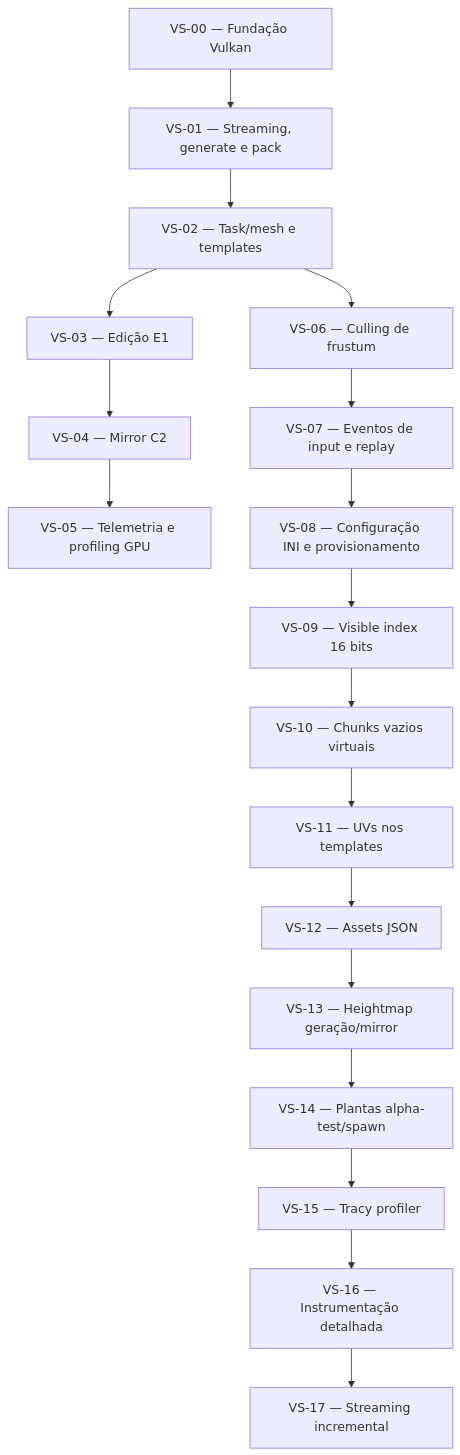
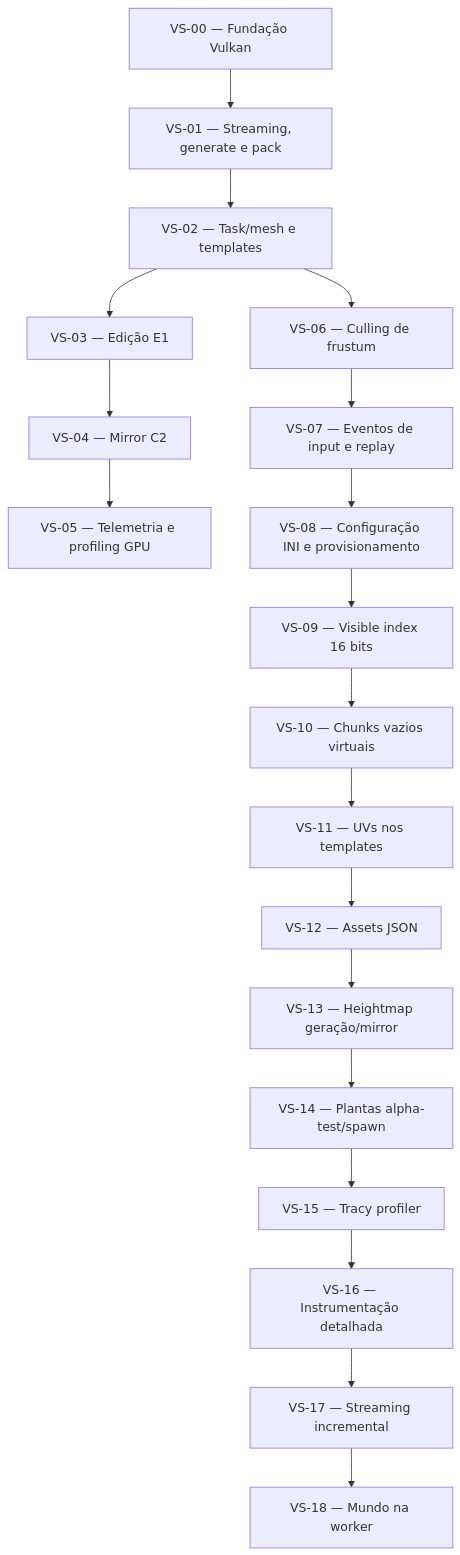
One commit to Ruannilton/vox changed the diagram in docs/obsidian/tracking/dependencias.md. Above: the diagram before and after it, drawn with Mermaid. The commit also changed other lines of this file and 5 other files, not shown here.

````diff
--- a/docs/obsidian/tracking/dependencias.md
+++ b/docs/obsidian/tracking/dependencias.md
@@ -7,39 +7,41 @@
 ```mermaid
 graph TD
     VS00[VS-00 — Fundação Vulkan]
     VS01[VS-01 — Streaming, generate e pack]
     VS02[VS-02 — Task/mesh e templates]
     VS03[VS-03 — Edição E1]
     VS04[VS-04 — Mirror C2]
     VS05[VS-05 — Telemetria e profiling GPU]
     VS06[VS-06 — Culling de frustum]
     VS07[VS-07 — Eventos de input e replay]
     VS08[VS-08 — Configuração INI e provisionamento]
     VS09[VS-09 — Visible index 16 bits]
     VS10[VS-10 — Chunks vazios virtuais]
     VS11[VS-11 — UVs nos templates]
     VS12[VS-12 — Assets JSON]
     VS13[VS-13 — Heightmap geração/mirror]
     VS14[VS-14 — Plantas alpha-test/spawn]
     VS15[VS-15 — Tracy profiler]
     VS16[VS-16 — Instrumentação detalhada]
     VS17[VS-17 — Streaming incremental]
+    VS18[VS-18 — Mundo na worker]
 
     VS00 --> VS01
     VS01 --> VS02
     VS02 --> VS03
     VS03 --> VS04
     VS04 --> VS05
     VS02 --> VS06
     VS06 --> VS07
     VS07 --> VS08
     VS08 --> VS09
     VS09 --> VS10
     VS10 --> VS11
     VS11 --> VS12
     VS12 --> VS13
     VS13 --> VS14
     VS14 --> VS15
     VS15 --> VS16
     VS16 --> VS17
+    VS17 --> VS18
 ```
````
